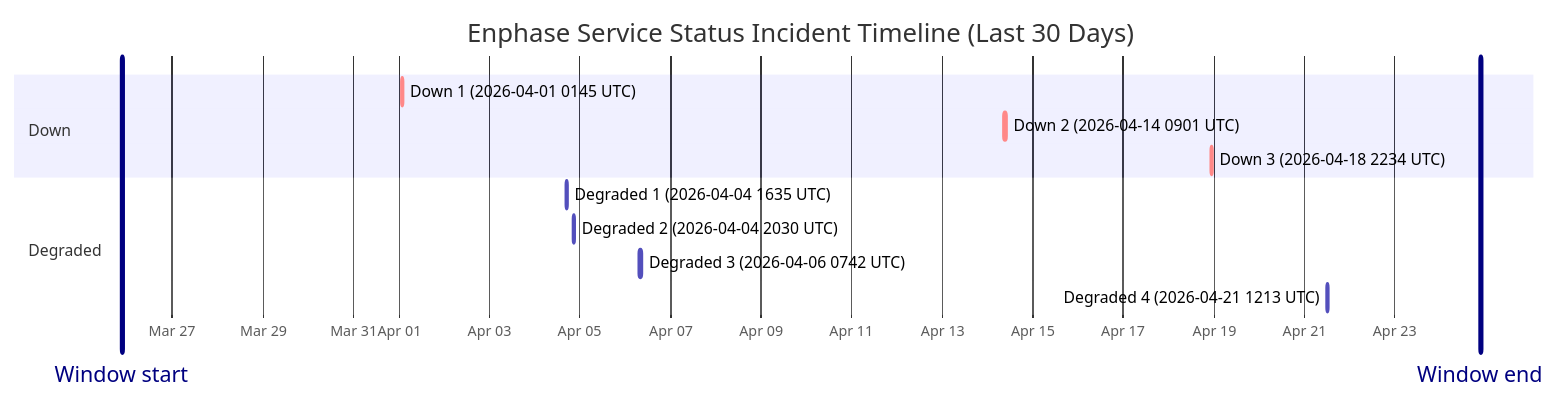
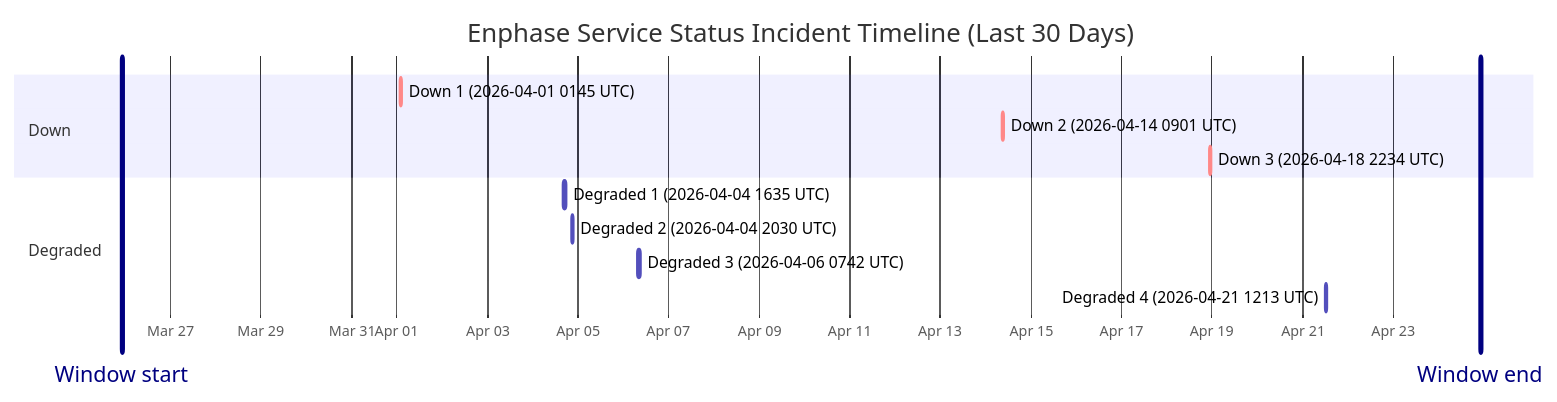
Before and after one commit to barneyonline/ha-enphase-ev-charger: the diagram in wiki/Service-Status-History.md, drawn with Mermaid. The commit also changed other lines of this file and 3 other files, not shown here.

````diff
--- a/wiki/Service-Status-History.md
+++ b/wiki/Service-Status-History.md
@@ -14,17 +14,17 @@
 ```mermaid
 gantt
     title Enphase Service Status Incident Timeline (Last 30 Days)
     dateFormat  YYYY-MM-DDTHH:mm:ss
     axisFormat  %b %d
-    Window start :vert, window-start, 2026-03-25T21:12:52, 0ms
-    Window end :vert, window-end, 2026-04-24T21:12:52, 0ms
+    Window start :vert, window-start, 2026-03-25T22:08:23, 0ms
+    Window end :vert, window-end, 2026-04-24T22:08:23, 0ms
     section Down
     Down 1 (2026-04-01 0145 UTC) :crit, down-1, 2026-04-01T01:45:09, 60m
     Down 2 (2026-04-14 0901 UTC) :crit, down-2, 2026-04-14T09:01:13, 60m
     Down 3 (2026-04-18 2234 UTC) :crit, down-3, 2026-04-18T22:34:13, 60m
     section Degraded
     Degraded 1 (2026-04-04 1635 UTC) :active, degraded-1, 2026-04-04T16:35:17, 60m
     Degraded 2 (2026-04-04 2030 UTC) :active, degraded-2, 2026-04-04T20:30:40, 60m
     Degraded 3 (2026-04-06 0742 UTC) :active, degraded-3, 2026-04-06T07:42:09, 85m
     Degraded 4 (2026-04-21 1213 UTC) :active, degraded-4, 2026-04-21T12:13:11, 60m
 ```
````
